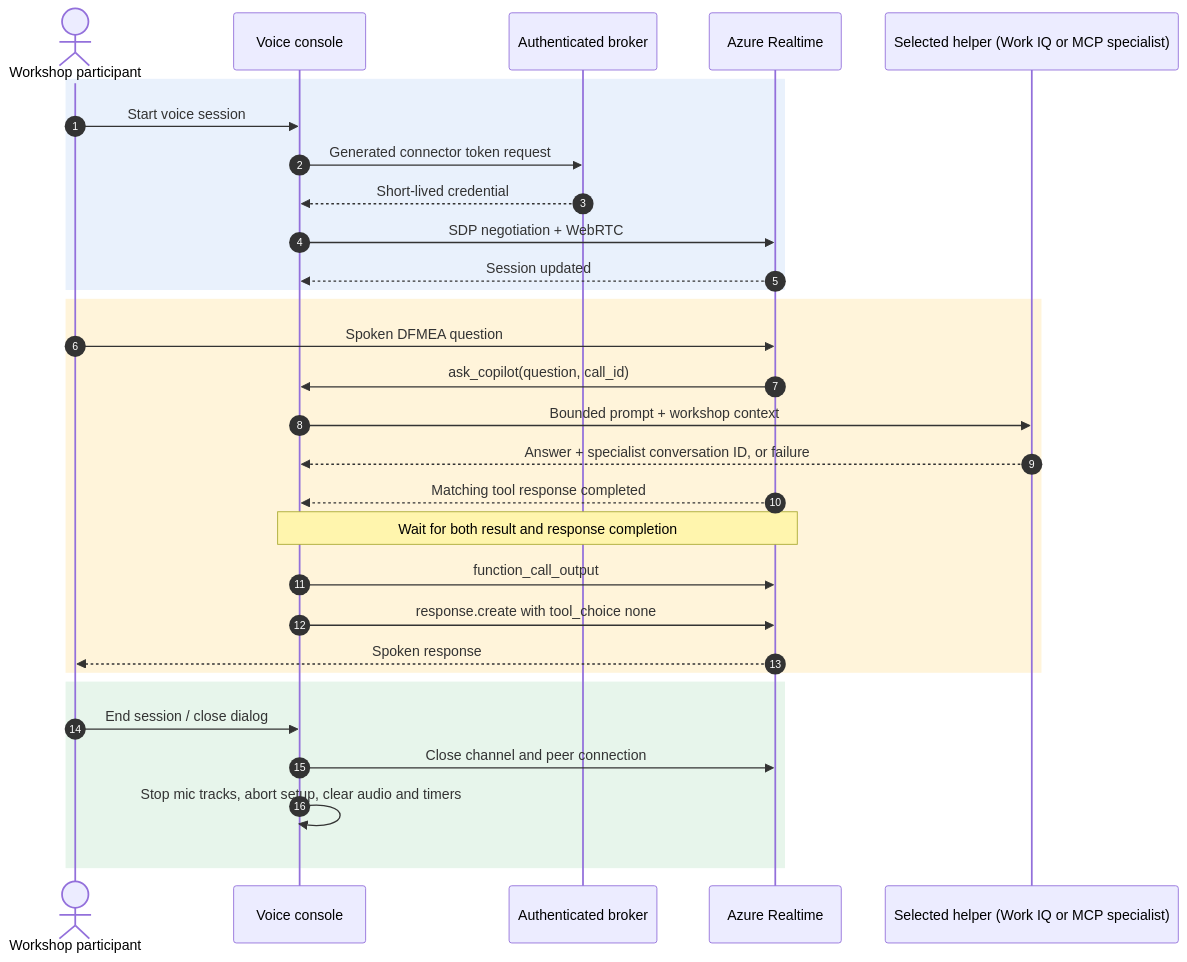
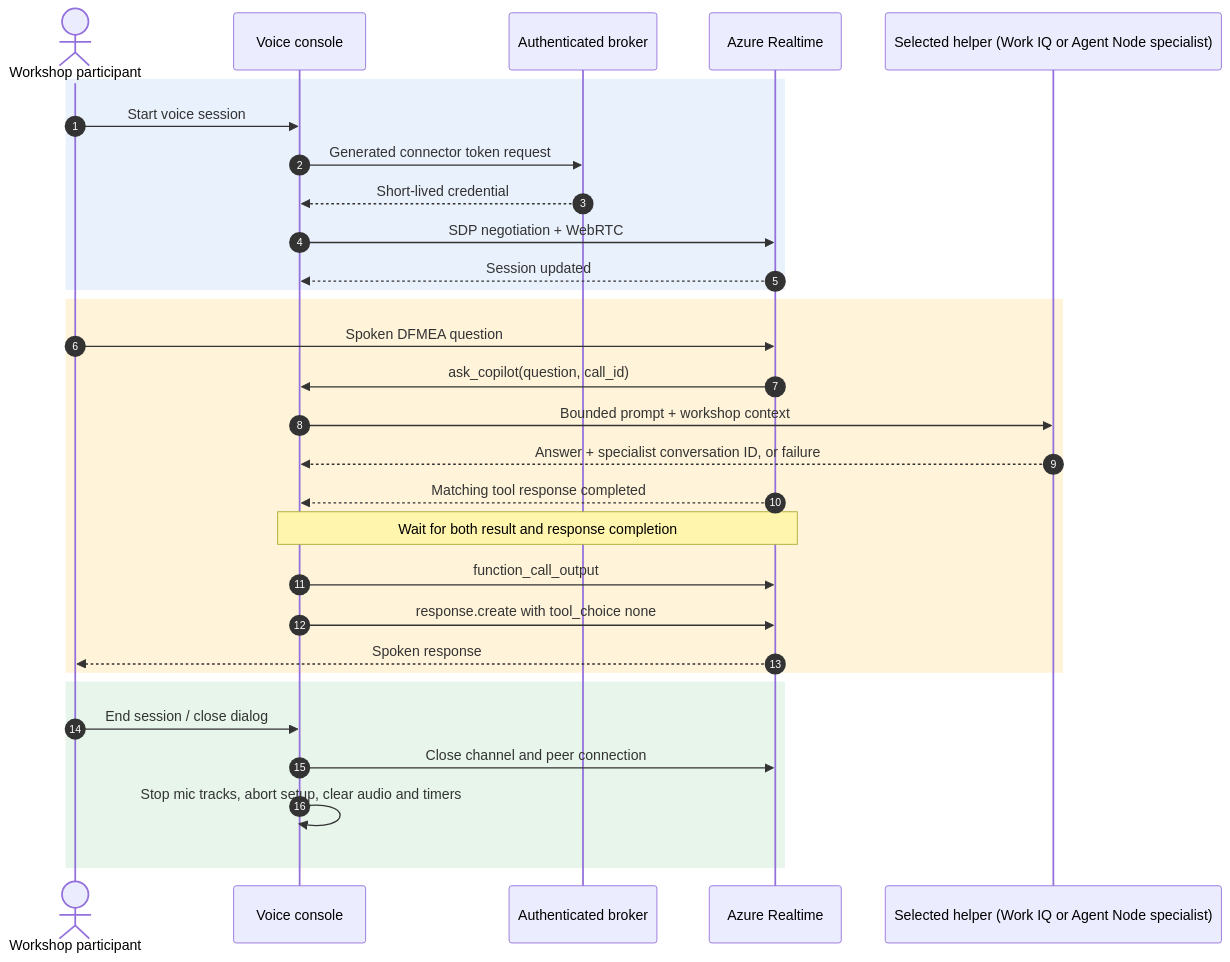
One commit to Roelzz/code_app_voice changed the fourth of 5 diagrams in README.md. Above: the diagram before and after it, drawn with Mermaid. The commit also changed other lines of this file and 16 other files, not shown here.

First line of the commit message:
feat: publish agent node preview snapshot

````diff
--- a/README.md
+++ b/README.md
@@ -184,32 +190,32 @@
 ```mermaid
 sequenceDiagram
     autonumber
     actor User as Workshop participant
     participant UI as Voice console
     participant Broker as Authenticated broker
     participant RT as Azure Realtime
-    participant IQ as Selected helper (Work IQ or MCP specialist)
+    participant IQ as Selected helper (Work IQ or Agent Node specialist)
     rect rgb(233, 241, 252)
         User->>UI: Start voice session
         UI->>Broker: Generated connector token request
         Broker-->>UI: Short-lived credential
         UI->>RT: SDP negotiation + WebRTC
         RT-->>UI: Session updated
     end
     rect rgb(255, 244, 218)
         User->>RT: Spoken DFMEA question
         RT->>UI: ask_copilot(question, call_id)
         UI->>IQ: Bounded prompt + workshop context
         IQ-->>UI: Answer + specialist conversation ID, or failure
         RT-->>UI: Matching tool response completed
         Note over UI,RT: Wait for both result and response completion
         UI->>RT: function_call_output
         UI->>RT: response.create with tool_choice none
         RT-->>User: Spoken response
     end
     rect rgb(231, 245, 235)
         User->>UI: End session / close dialog
         UI->>RT: Close channel and peer connection
         UI->>UI: Stop mic tracks, abort setup, clear audio and timers
     end
 ```
````
